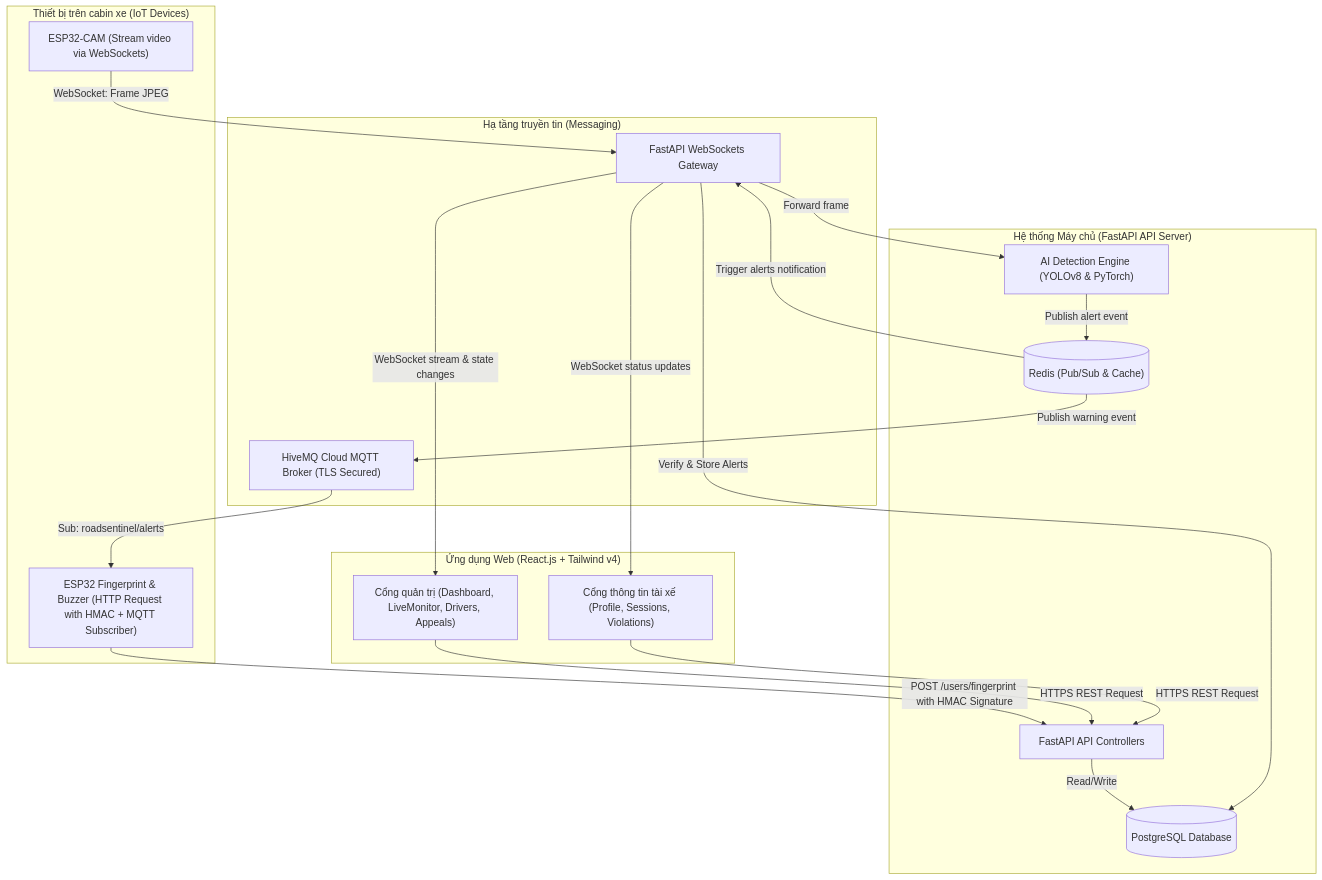
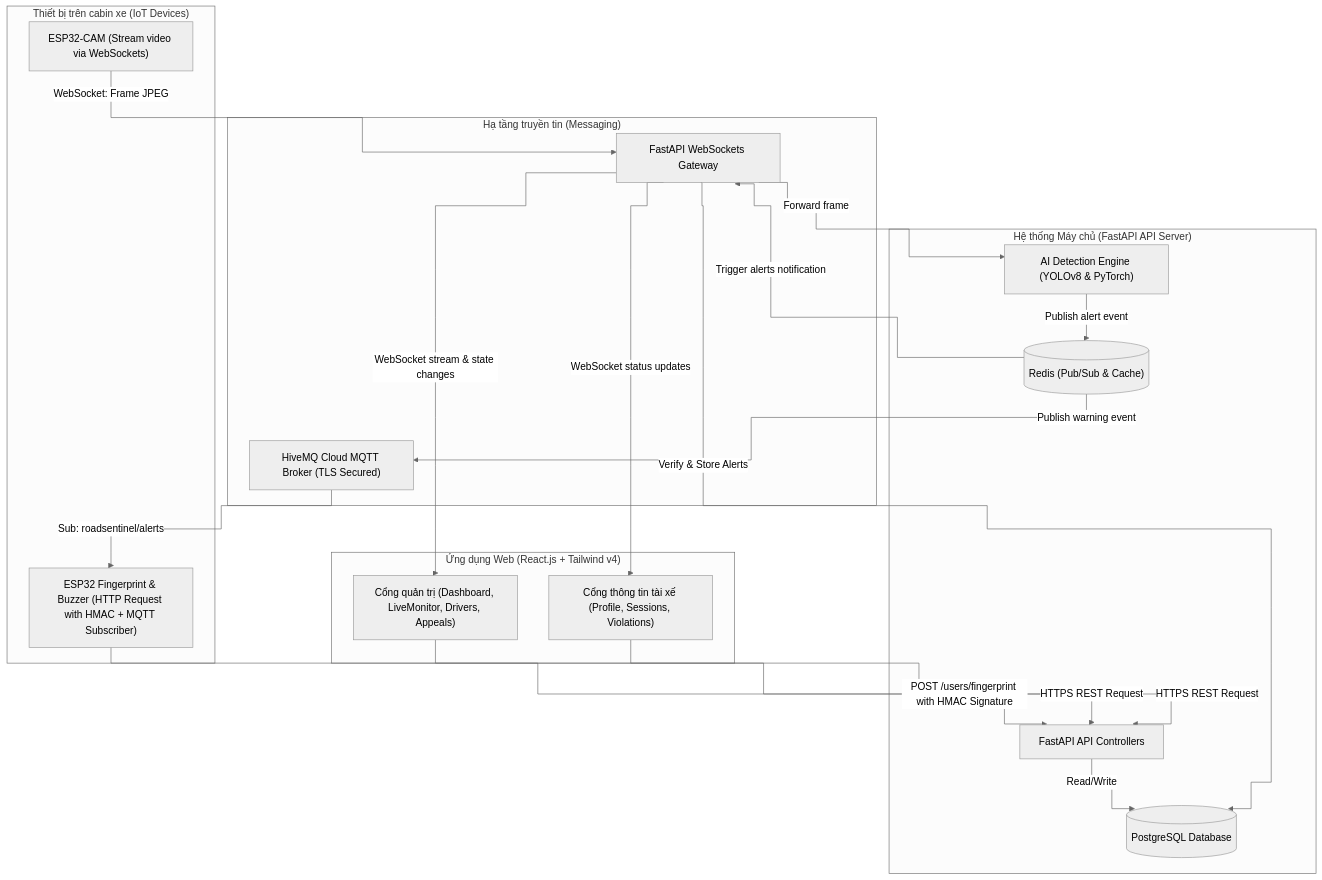
Before and after one commit to hnagnurtme/RoadSentinel: the diagram in docs/thesis/overview.md, drawn with Mermaid. The commit also changed 3 other files, not shown here.

Commit message:
docs: update mermaid diagram syntax for consistency across documentation (#47)

````diff
--- a/docs/thesis/overview.md
+++ b/docs/thesis/overview.md
@@ -38,42 +38,43 @@
 ```mermaid
-graph TB
+%%{init: {"theme": "neutral", "flowchart": {"curve": "step"}}}%%
+flowchart TB
     subgraph IoT_Devices["Thiết bị trên cabin xe (IoT Devices)"]
         ESP32_CAM["ESP32-CAM (Stream video via WebSockets)"]
         ESP32_Device["ESP32 Fingerprint & Buzzer (HTTP Request with HMAC + MQTT Subscriber)"]
     end
 
     subgraph Messaging["Hạ tầng truyền tin (Messaging)"]
         MQTT_Broker["HiveMQ Cloud MQTT Broker (TLS Secured)"]
         WebSockets_Gate["FastAPI WebSockets Gateway"]
     end
 
     subgraph Backend_Server["Hệ thống Máy chủ (FastAPI API Server)"]
         API_Gateway["FastAPI API Controllers"]
         AI_Engine["AI Detection Engine (YOLOv8 & PyTorch)"]
         Database[("PostgreSQL Database")]
         Redis_Cache[("Redis (Pub/Sub & Cache)")]
     end
 
     subgraph Frontend_App["Ứng dụng Web (React.js + Tailwind v4)"]
         Admin_Portal["Cổng quản trị (Dashboard, LiveMonitor, Drivers, Appeals)"]
         Driver_Portal["Cổng thông tin tài xế (Profile, Sessions, Violations)"]
     end
 
     %% Kết nối
     ESP32_CAM -->|WebSocket: Frame JPEG| WebSockets_Gate
     ESP32_Device -->|POST /users/fingerprint with HMAC Signature| API_Gateway
     MQTT_Broker -->|Sub: roadsentinel/alerts| ESP32_Device
     
     WebSockets_Gate -->|Forward frame| AI_Engine
     AI_Engine -->|Publish alert event| Redis_Cache
     Redis_Cache -->|Trigger alerts notification| WebSockets_Gate
     Redis_Cache -->|Publish warning event| MQTT_Broker
 
     API_Gateway -->|Read/Write| Database
     WebSockets_Gate -->|Verify & Store Alerts| Database
     
     WebSockets_Gate -->|WebSocket stream & state changes| Admin_Portal
     WebSockets_Gate -->|WebSocket status updates| Driver_Portal
     Admin_Portal -->|HTTPS REST Request| API_Gateway
     Driver_Portal -->|HTTPS REST Request| API_Gateway
 ```
````
